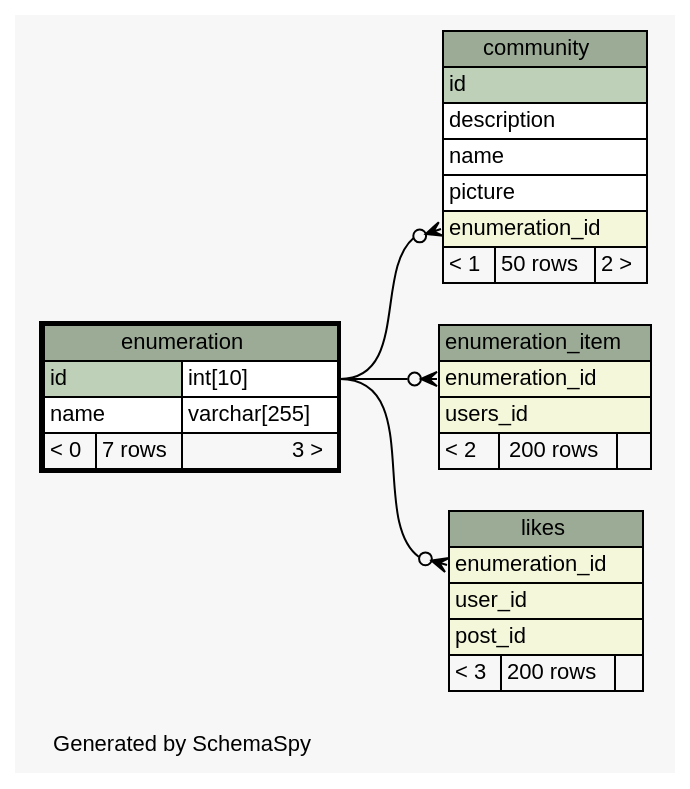
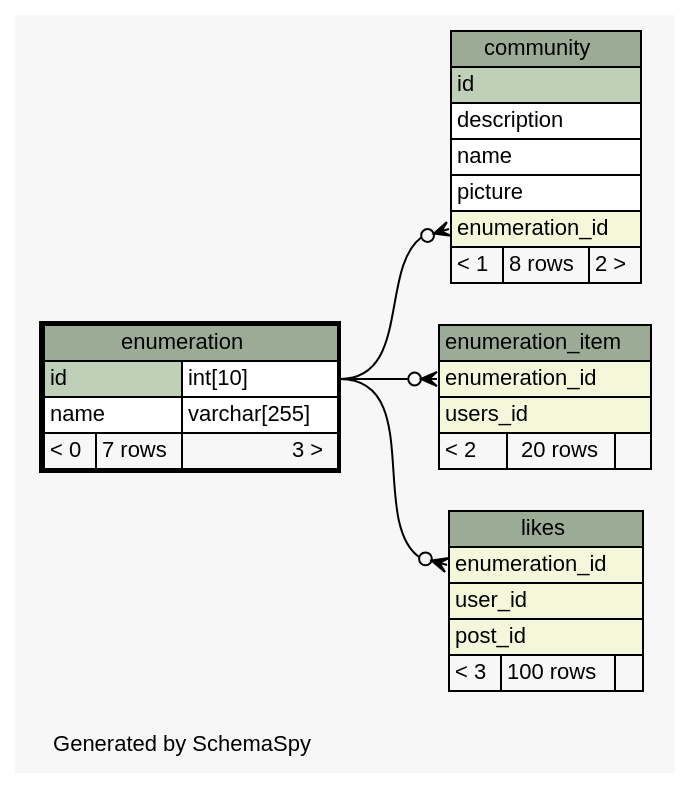
The diagram in doc/db_schema/diagrams/enumeration.1degree.dot (chr-krenn/chr-krenn-fhj-ws2017-sd17-pse), drawn with Graphviz before and after one commit. The commit also changed 65 other files, not shown here.

```diff
--- a/doc/db_schema/diagrams/enumeration.1degree.dot
+++ b/doc/db_schema/diagrams/enumeration.1degree.dot
@@ -1,73 +1,73 @@
 // dot 2.40.1 on Linux 4.12.5-300.fc26.x86_64
 // SchemaSpy rev 590
 digraph "oneDegreeRelationshipsDiagram" {
   graph [
     rankdir="RL"
     bgcolor="#f7f7f7"
     label="\nGenerated by SchemaSpy"
     labeljust="l"
     nodesep="0.18"
     ranksep="0.46"
     fontname="Helvetica"
     fontsize="11"
   ];
   node [
     fontname="Helvetica"
     fontsize="11"
     shape="plaintext"
   ];
   edge [
     arrowsize="0.8"
   ];
   "community":"enumeration_id":w -> "enumeration":"id.type":e [arrowhead=none dir=back arrowtail=crowodot];
   "enumeration_item":"enumeration_id":w -> "enumeration":"id.type":e [arrowhead=none dir=back arrowtail=crowodot];
   "likes":"enumeration_id":w -> "enumeration":"id.type":e [arrowhead=none dir=back arrowtail=crowodot];
   "community" [
     label=<
     <TABLE BORDER="0" CELLBORDER="1" CELLSPACING="0" BGCOLOR="#ffffff">
       <TR><TD COLSPAN="3" BGCOLOR="#9bab96" ALIGN="CENTER">community</TD></TR>
       <TR><TD PORT="id" COLSPAN="3" BGCOLOR="#bed1b8" ALIGN="LEFT">id</TD></TR>
       <TR><TD PORT="description" COLSPAN="3" ALIGN="LEFT">description</TD></TR>
       <TR><TD PORT="name" COLSPAN="3" ALIGN="LEFT">name</TD></TR>
       <TR><TD PORT="picture" COLSPAN="3" ALIGN="LEFT">picture</TD></TR>
       <TR><TD PORT="enumeration_id" COLSPAN="3" BGCOLOR="#f4f7da" ALIGN="LEFT">enumeration_id</TD></TR>
-      <TR><TD ALIGN="LEFT" BGCOLOR="#f7f7f7">&lt; 1</TD><TD ALIGN="RIGHT" BGCOLOR="#f7f7f7">50 rows</TD><TD ALIGN="RIGHT" BGCOLOR="#f7f7f7">2 &gt;</TD></TR>
+      <TR><TD ALIGN="LEFT" BGCOLOR="#f7f7f7">&lt; 1</TD><TD ALIGN="RIGHT" BGCOLOR="#f7f7f7">8 rows</TD><TD ALIGN="RIGHT" BGCOLOR="#f7f7f7">2 &gt;</TD></TR>
     </TABLE>>
     URL="community.html"
     tooltip="community"
   ];
   "enumeration" [
     label=<
     <TABLE BORDER="2" CELLBORDER="1" CELLSPACING="0" BGCOLOR="#ffffff">
       <TR><TD COLSPAN="3" BGCOLOR="#9bab96" ALIGN="CENTER">enumeration</TD></TR>
       <TR><TD PORT="id" COLSPAN="2" BGCOLOR="#bed1b8" ALIGN="LEFT">id</TD><TD PORT="id.type" ALIGN="LEFT">int[10]</TD></TR>
       <TR><TD PORT="name" COLSPAN="2" ALIGN="LEFT">name</TD><TD PORT="name.type" ALIGN="LEFT">varchar[255]</TD></TR>
       <TR><TD ALIGN="LEFT" BGCOLOR="#f7f7f7">&lt; 0</TD><TD ALIGN="RIGHT" BGCOLOR="#f7f7f7">7 rows</TD><TD ALIGN="RIGHT" BGCOLOR="#f7f7f7">3 &gt;</TD></TR>
     </TABLE>>
     URL="enumeration.html"
     tooltip="enumeration"
   ];
   "enumeration_item" [
     label=<
     <TABLE BORDER="0" CELLBORDER="1" CELLSPACING="0" BGCOLOR="#ffffff">
       <TR><TD COLSPAN="3" BGCOLOR="#9bab96" ALIGN="CENTER">enumeration_item</TD></TR>
       <TR><TD PORT="enumeration_id" COLSPAN="3" BGCOLOR="#f4f7da" ALIGN="LEFT">enumeration_id</TD></TR>
       <TR><TD PORT="users_id" COLSPAN="3" BGCOLOR="#f4f7da" ALIGN="LEFT">users_id</TD></TR>
-      <TR><TD ALIGN="LEFT" BGCOLOR="#f7f7f7">&lt; 2</TD><TD ALIGN="RIGHT" BGCOLOR="#f7f7f7">200 rows</TD><TD ALIGN="RIGHT" BGCOLOR="#f7f7f7">  </TD></TR>
+      <TR><TD ALIGN="LEFT" BGCOLOR="#f7f7f7">&lt; 2</TD><TD ALIGN="RIGHT" BGCOLOR="#f7f7f7">20 rows</TD><TD ALIGN="RIGHT" BGCOLOR="#f7f7f7">  </TD></TR>
     </TABLE>>
     URL="enumeration_item.html"
     tooltip="enumeration_item"
   ];
   "likes" [
     label=<
     <TABLE BORDER="0" CELLBORDER="1" CELLSPACING="0" BGCOLOR="#ffffff">
       <TR><TD COLSPAN="3" BGCOLOR="#9bab96" ALIGN="CENTER">likes</TD></TR>
       <TR><TD PORT="enumeration_id" COLSPAN="3" BGCOLOR="#f4f7da" ALIGN="LEFT">enumeration_id</TD></TR>
       <TR><TD PORT="user_id" COLSPAN="3" BGCOLOR="#f4f7da" ALIGN="LEFT">user_id</TD></TR>
       <TR><TD PORT="post_id" COLSPAN="3" BGCOLOR="#f4f7da" ALIGN="LEFT">post_id</TD></TR>
-      <TR><TD ALIGN="LEFT" BGCOLOR="#f7f7f7">&lt; 3</TD><TD ALIGN="RIGHT" BGCOLOR="#f7f7f7">200 rows</TD><TD ALIGN="RIGHT" BGCOLOR="#f7f7f7">  </TD></TR>
+      <TR><TD ALIGN="LEFT" BGCOLOR="#f7f7f7">&lt; 3</TD><TD ALIGN="RIGHT" BGCOLOR="#f7f7f7">100 rows</TD><TD ALIGN="RIGHT" BGCOLOR="#f7f7f7">  </TD></TR>
     </TABLE>>
     URL="likes.html"
     tooltip="likes"
   ];
 }
```
